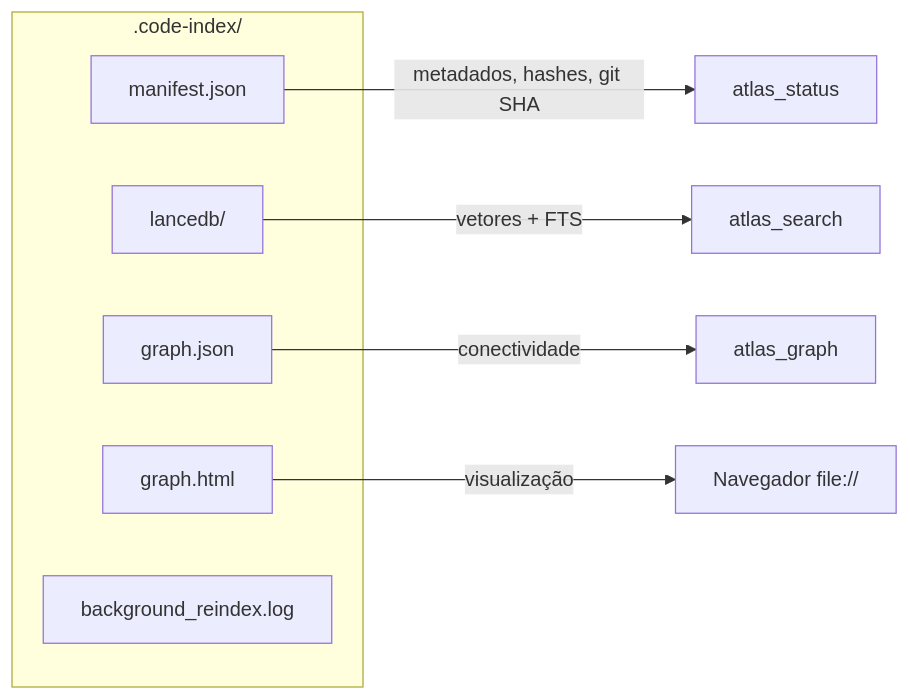
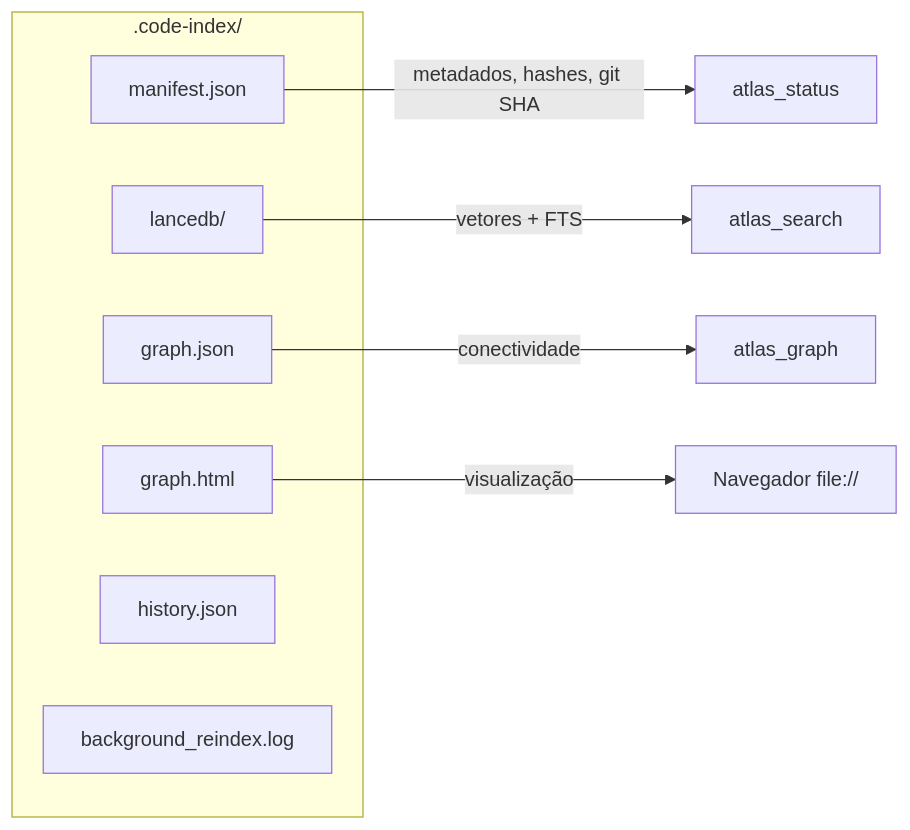
One commit to LuisCarlosLopes/codesteer-atlas changed the fourth of 14 diagrams in docs/guia-indexacao-grafo-mcp.md. Above: the diagram before and after it, drawn with Mermaid. The commit also changed other lines of this file and 3 other files, not shown here.

````diff
--- a/docs/guia-indexacao-grafo-mcp.md
+++ b/docs/guia-indexacao-grafo-mcp.md
@@ -206,15 +228,16 @@
 ```mermaid
 flowchart LR
     subgraph code-index[".code-index/"]
         M[manifest.json]
         L[lancedb/]
         G[graph.json]
         H[graph.html]
+        HI[history.json]
         R[background_reindex.log]
     end
 
     M -->|"metadados, hashes, git SHA"| STATUS[atlas_status]
     L -->|"vetores + FTS"| SEARCH[atlas_search]
     G -->|"conectividade"| GRAPH[atlas_graph]
     H -->|"visualização"| BROWSER[Navegador file://]
 ```
````
